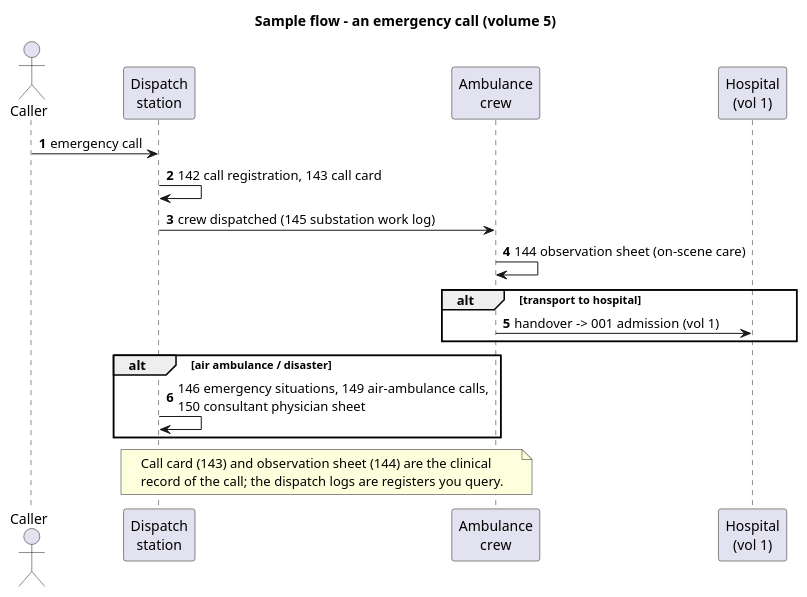
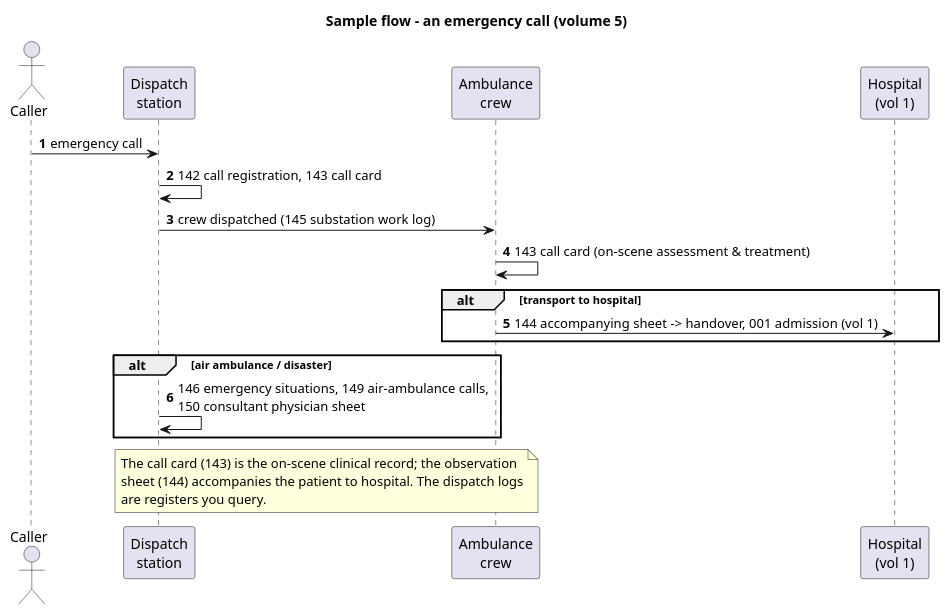
Before and after one commit to uzinfocom-org/digital-health-integration: the diagram in input/images-source/forms-vol05-flow.plantuml, drawn with PlantUML. The commit also changed 15 other files, not shown here.

Commit message:
Correct form counts, titles, types and diagrams against Order 399 source

```diff
--- a/input/images-source/forms-vol05-flow.plantuml
+++ b/input/images-source/forms-vol05-flow.plantuml
@@ -1,25 +1,26 @@
 @startuml forms-vol05-flow
 title Sample flow - an emergency call (volume 5)
 autonumber
 
 actor Caller as C
 participant "Dispatch\nstation" as DISP
 participant "Ambulance\ncrew" as CREW
 participant "Hospital\n(vol 1)" as H
 
 C -> DISP : emergency call
 DISP -> DISP : 142 call registration, 143 call card
 DISP -> CREW : crew dispatched (145 substation work log)
-CREW -> CREW : 144 observation sheet (on-scene care)
+CREW -> CREW : 143 call card (on-scene assessment & treatment)
 alt transport to hospital
-  CREW -> H : handover -> 001 admission (vol 1)
+  CREW -> H : 144 accompanying sheet -> handover, 001 admission (vol 1)
 end
 alt air ambulance / disaster
   DISP -> DISP : 146 emergency situations, 149 air-ambulance calls,\n150 consultant physician sheet
 end
 
 note over DISP, CREW
-  Call card (143) and observation sheet (144) are the clinical
-  record of the call; the dispatch logs are registers you query.
+  The call card (143) is the on-scene clinical record; the observation
+  sheet (144) accompanies the patient to hospital. The dispatch logs
+  are registers you query.
 end note
 @enduml
```
